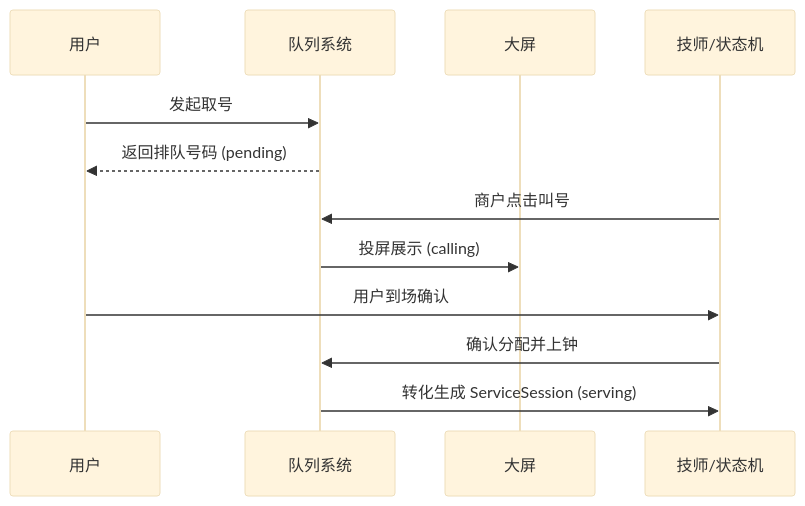
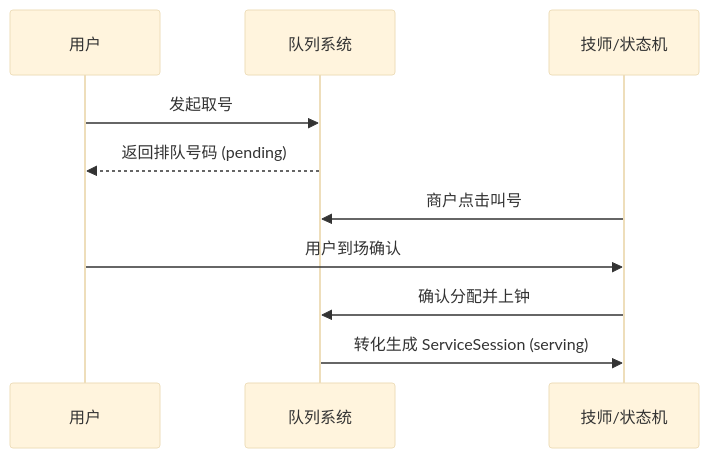
Before and after one commit to breakincn/kaxiu: the second of 2 diagrams in docs/wiki/2.核心业务流程与服务设计.md, drawn with Mermaid (base theme). The commit also changed other lines of this file and 3 other files, not shown here.

````diff
--- a/docs/wiki/2.核心业务流程与服务设计.md
+++ b/docs/wiki/2.核心业务流程与服务设计.md
@@ -52,15 +52,13 @@
 ```mermaid
 sequenceDiagram
     participant User as 用户
     participant Queue as 队列系统
-    participant Screen as 大屏
     participant Tech as 技师/状态机
 
     User->>Queue: 发起取号
     Queue-->>User: 返回排队号码 (pending)
     Tech->>Queue: 商户点击叫号
-    Queue->>Screen: 投屏展示 (calling)
     User->>Tech: 用户到场确认
     Tech->>Queue: 确认分配并上钟
     Queue->>Tech: 转化生成 ServiceSession (serving)
 ```
````
